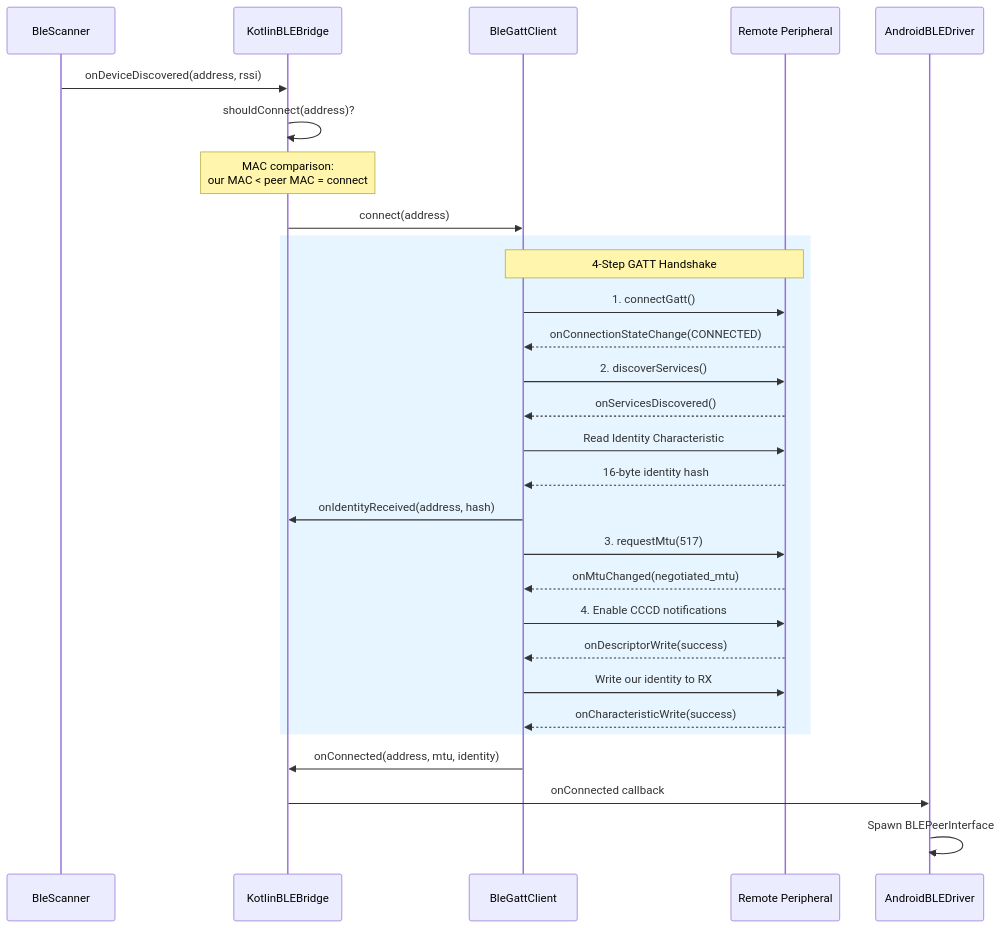
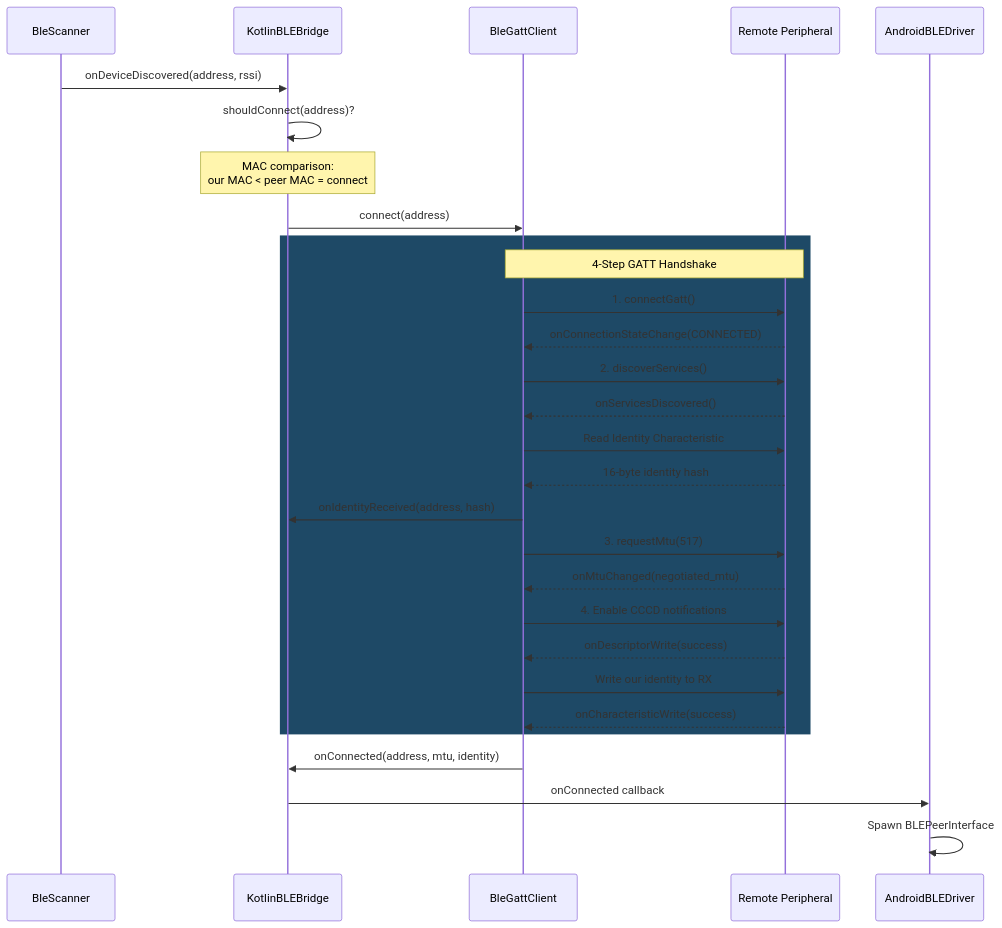
One commit to torlando-tech/columba changed the third of 14 diagrams in docs/ble-architecture.md. Above: the diagram before and after it, drawn with Mermaid. The commit also changed other lines of this file, not shown here.

First line of the commit message:
docs: improve BLE architecture diagram layout

````diff
--- a/docs/ble-architecture.md
+++ b/docs/ble-architecture.md
@@ -123,38 +122,38 @@
 ```mermaid
 sequenceDiagram
     participant Scan as BleScanner
     participant Bridge as KotlinBLEBridge
     participant Client as BleGattClient
     participant Peer as Remote Peripheral
     participant Python as AndroidBLEDriver
 
     Scan->>Bridge: onDeviceDiscovered(address, rssi)
     Bridge->>Bridge: shouldConnect(address)?
     Note over Bridge: MAC comparison:<br/>our MAC < peer MAC = connect
     Bridge->>Client: connect(address)
 
-    rect rgb(230, 245, 255)
+    rect rgb(30, 73, 102)
         Note over Client,Peer: 4-Step GATT Handshake
         Client->>Peer: 1. connectGatt()
         Peer-->>Client: onConnectionStateChange(CONNECTED)
         Client->>Peer: 2. discoverServices()
         Peer-->>Client: onServicesDiscovered()
 
         Client->>Peer: Read Identity Characteristic
         Peer-->>Client: 16-byte identity hash
         Client->>Bridge: onIdentityReceived(address, hash)
 
         Client->>Peer: 3. requestMtu(517)
         Peer-->>Client: onMtuChanged(negotiated_mtu)
 
         Client->>Peer: 4. Enable CCCD notifications
         Peer-->>Client: onDescriptorWrite(success)
 
         Client->>Peer: Write our identity to RX
         Peer-->>Client: onCharacteristicWrite(success)
     end
 
     Client->>Bridge: onConnected(address, mtu, identity)
     Bridge->>Python: onConnected callback
     Python->>Python: Spawn BLEPeerInterface
 ```
````
